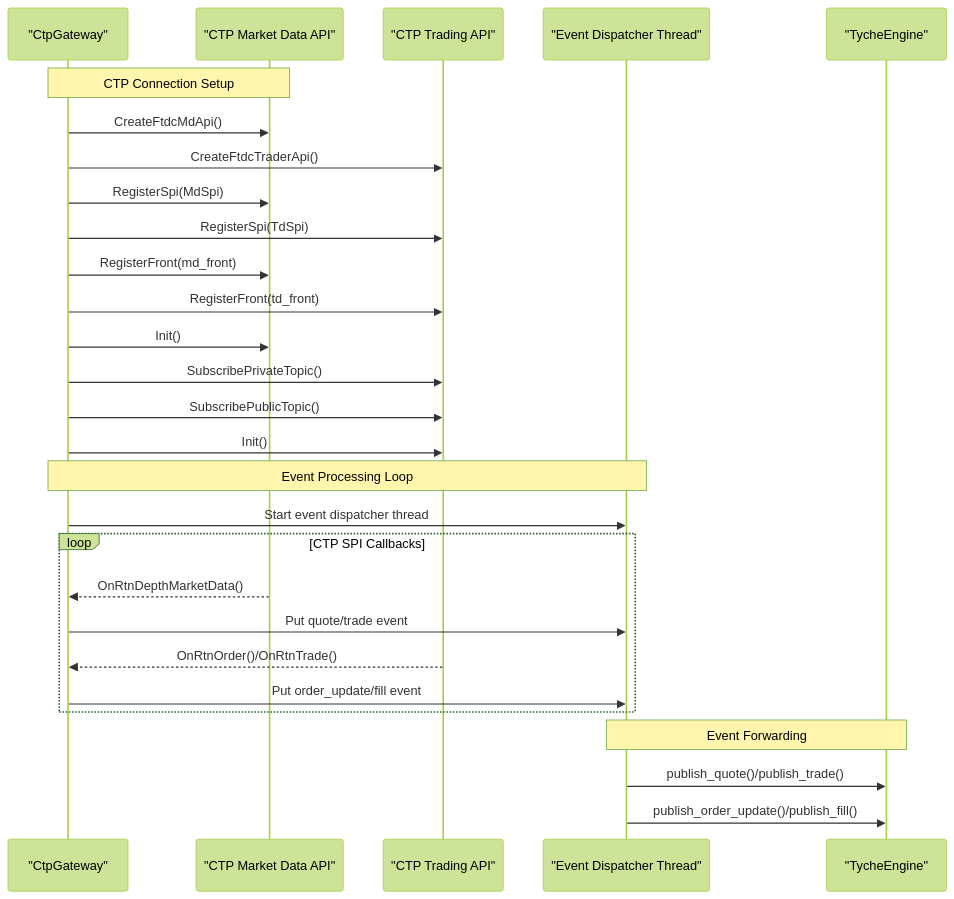
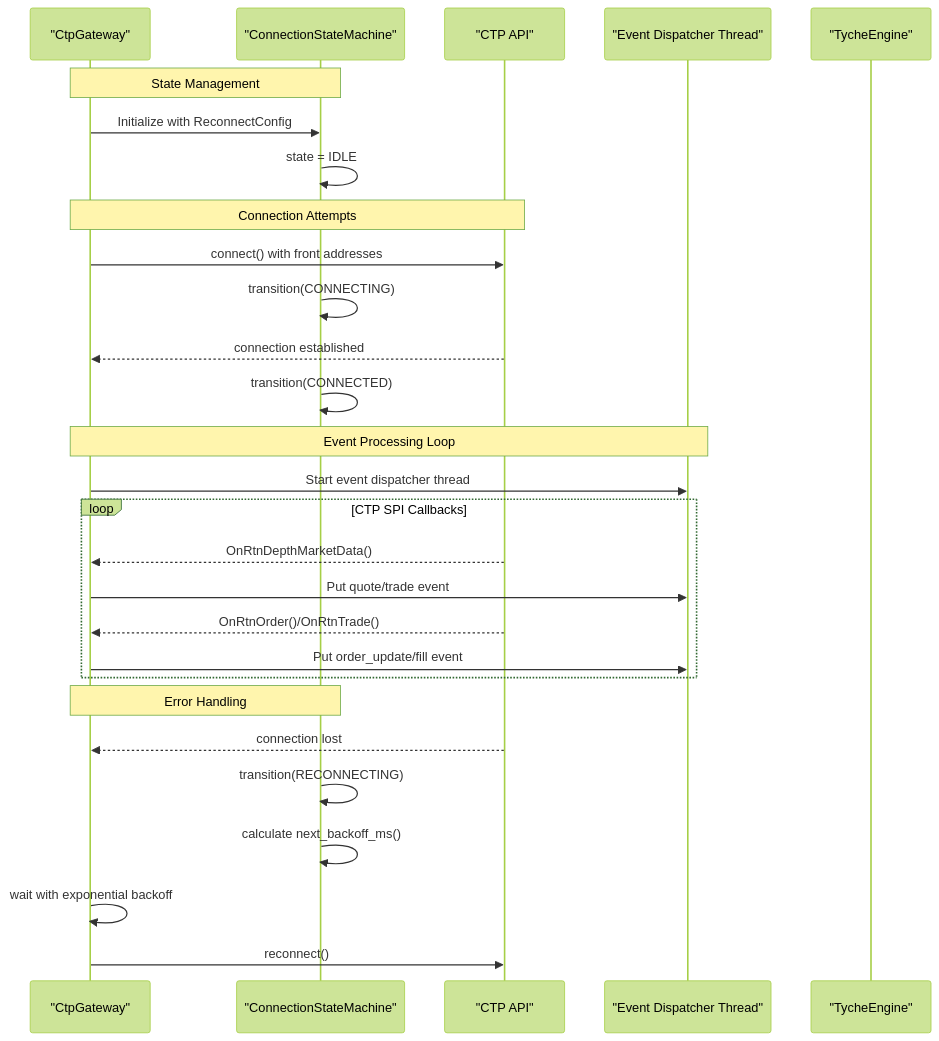
The tenth of 11 diagrams in .qoder/repowiki/en/content/Core Components/Core Components.md (zt281/TycheEngine), drawn with Mermaid (forest theme) before and after one commit. The commit also changed other lines of this file and 11 other files, not shown here.

````diff
--- a/.qoder/repowiki/en/content/Core Components/Core Components.md
+++ b/.qoder/repowiki/en/content/Core Components/Core Components.md
@@ -997,30 +1320,30 @@
 ```mermaid
 sequenceDiagram
 participant Gateway as "CtpGateway"
-participant MdApi as "CTP Market Data API"
-participant TdApi as "CTP Trading API"
+participant StateMachine as "ConnectionStateMachine"
+participant CTP as "CTP API"
 participant Dispatcher as "Event Dispatcher Thread"
 participant Engine as "TycheEngine"
-Note over Gateway,MdApi : CTP Connection Setup
-Gateway->>MdApi : CreateFtdcMdApi()
-Gateway->>TdApi : CreateFtdcTraderApi()
-Gateway->>MdApi : RegisterSpi(MdSpi)
-Gateway->>TdApi : RegisterSpi(TdSpi)
-Gateway->>MdApi : RegisterFront(md_front)
-Gateway->>TdApi : RegisterFront(td_front)
-Gateway->>MdApi : Init()
-Gateway->>TdApi : SubscribePrivateTopic()
-Gateway->>TdApi : SubscribePublicTopic()
-Gateway->>TdApi : Init()
+Note over Gateway,StateMachine : State Management
+Gateway->>StateMachine : Initialize with ReconnectConfig
+StateMachine->>StateMachine : state = IDLE
+Note over Gateway,CTP : Connection Attempts
+Gateway->>CTP : connect() with front addresses
+StateMachine->>StateMachine : transition(CONNECTING)
+CTP-->>Gateway : connection established
+StateMachine->>StateMachine : transition(CONNECTED)
 Note over Gateway,Dispatcher : Event Processing Loop
 Gateway->>Dispatcher : Start event dispatcher thread
 loop CTP SPI Callbacks
-MdApi-->>Gateway : OnRtnDepthMarketData()
+CTP-->>Gateway : OnRtnDepthMarketData()
 Gateway->>Dispatcher : Put quote/trade event
-TdApi-->>Gateway : OnRtnOrder()/OnRtnTrade()
+CTP-->>Gateway : OnRtnOrder()/OnRtnTrade()
 Gateway->>Dispatcher : Put order_update/fill event
 end
-Note over Dispatcher,Engine : Event Forwarding
-Dispatcher->>Engine : publish_quote()/publish_trade()
-Dispatcher->>Engine : publish_order_update()/publish_fill()
+Note over Gateway,StateMachine : Error Handling
+CTP-->>Gateway : connection lost
+StateMachine->>StateMachine : transition(RECONNECTING)
+StateMachine->>StateMachine : calculate next_backoff_ms()
+Gateway->>Gateway : wait with exponential backoff
+Gateway->>CTP : reconnect()
 ```
````
